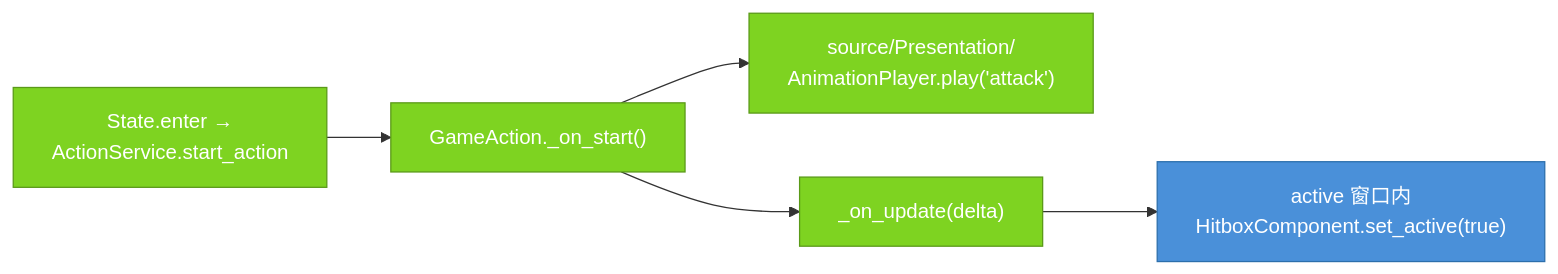
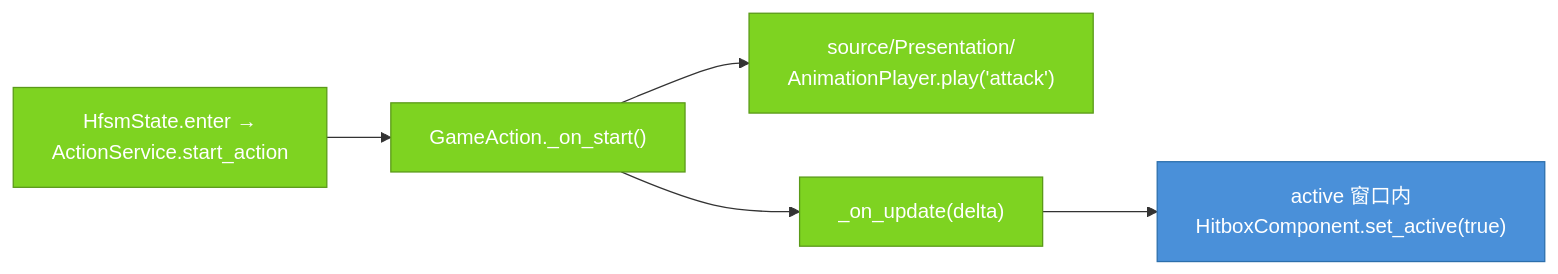
One commit to xiaofeiqiu/mkit changed the tenth of 20 diagrams in docs/pipeline.md. Above: the diagram before and after it, drawn with Mermaid. The commit also changed other lines of this file and 57 other files, not shown here.

````diff
--- a/docs/pipeline.md
+++ b/docs/pipeline.md
@@ -663,11 +663,11 @@
 ```mermaid
 flowchart LR
-    A["State.enter →<br/>ActionService.start_action"]:::userOwned -->
+    A["HfsmState.enter →<br/>ActionService.start_action"]:::userOwned -->
     B["GameAction._on_start()"]:::userOwned -->
     C["source/Presentation/<br/>AnimationPlayer.play('attack')"]:::userOwned
     B --> D["_on_update(delta)"]:::userOwned -->
     E["active 窗口内<br/>HitboxComponent.set_active(true)"]:::mkitCore
 
     classDef mkitCore  fill:#4A90D9,color:#fff,stroke:#2C6FAC
     classDef userOwned fill:#7ED321,color:#fff,stroke:#5A9A18
 ```
````
